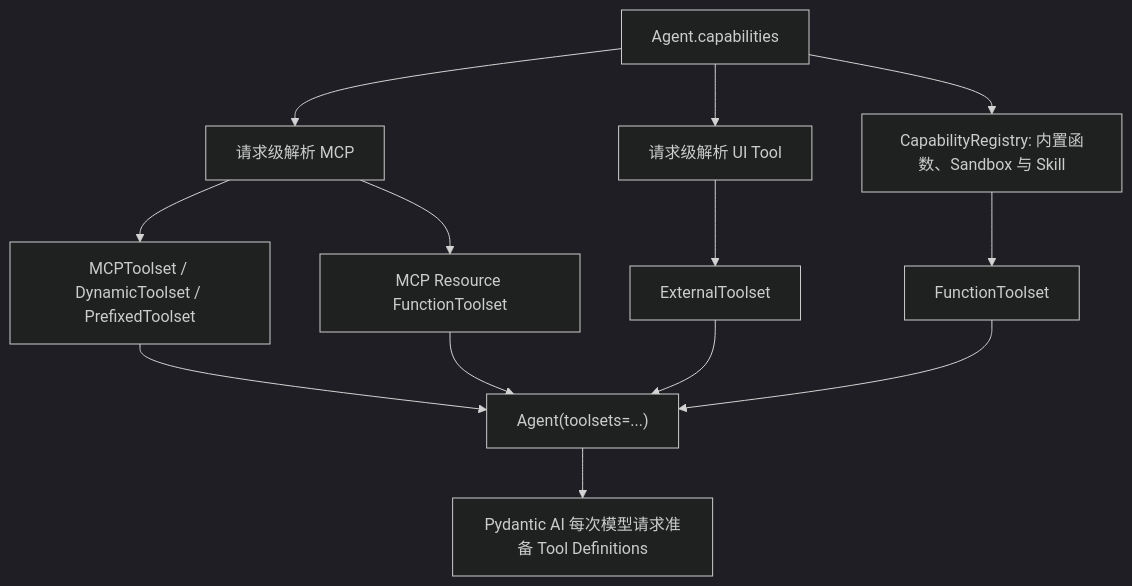
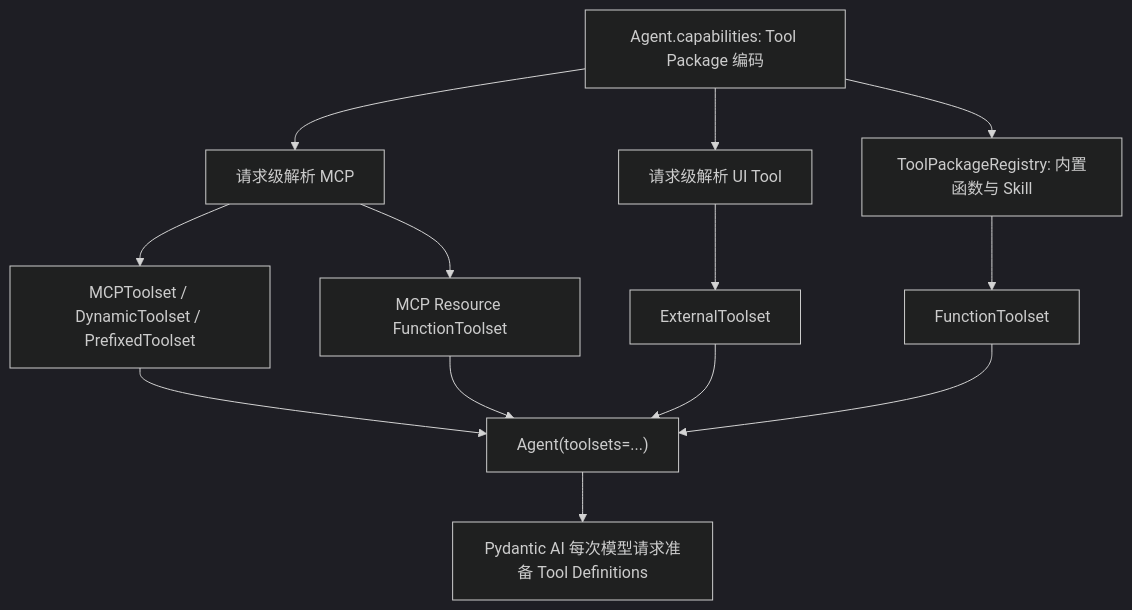
Before and after one commit to hxz1993/deep-agent: the second of 2 diagrams in docs/design/05-tool-optimization/tool-optimization-design.md, drawn with Mermaid (dark theme). The commit also changed other lines of this file and 9 other files, not shown here.

````diff
--- a/docs/design/05-tool-optimization/tool-optimization-design.md
+++ b/docs/design/05-tool-optimization/tool-optimization-design.md
@@ -414,15 +442,15 @@
 ```mermaid
 flowchart TD
-    A["Agent.capabilities"] --> B["CapabilityRegistry: 内置函数、Sandbox 与 Skill"]
+    A["Agent.capabilities: Tool Package 编码"] --> B["ToolPackageRegistry: 内置函数与 Skill"]
     A --> C["请求级解析 MCP"]
     A --> D["请求级解析 UI Tool"]
     C --> E["MCPToolset / DynamicToolset / PrefixedToolset"]
     C --> F["MCP Resource FunctionToolset"]
     D --> G["ExternalToolset"]
     B --> H["FunctionToolset"]
     E --> I["Agent(toolsets=...)"]
     F --> I
     G --> I
     H --> I
     I --> J["Pydantic AI 每次模型请求准备 Tool Definitions"]
 ```
````
